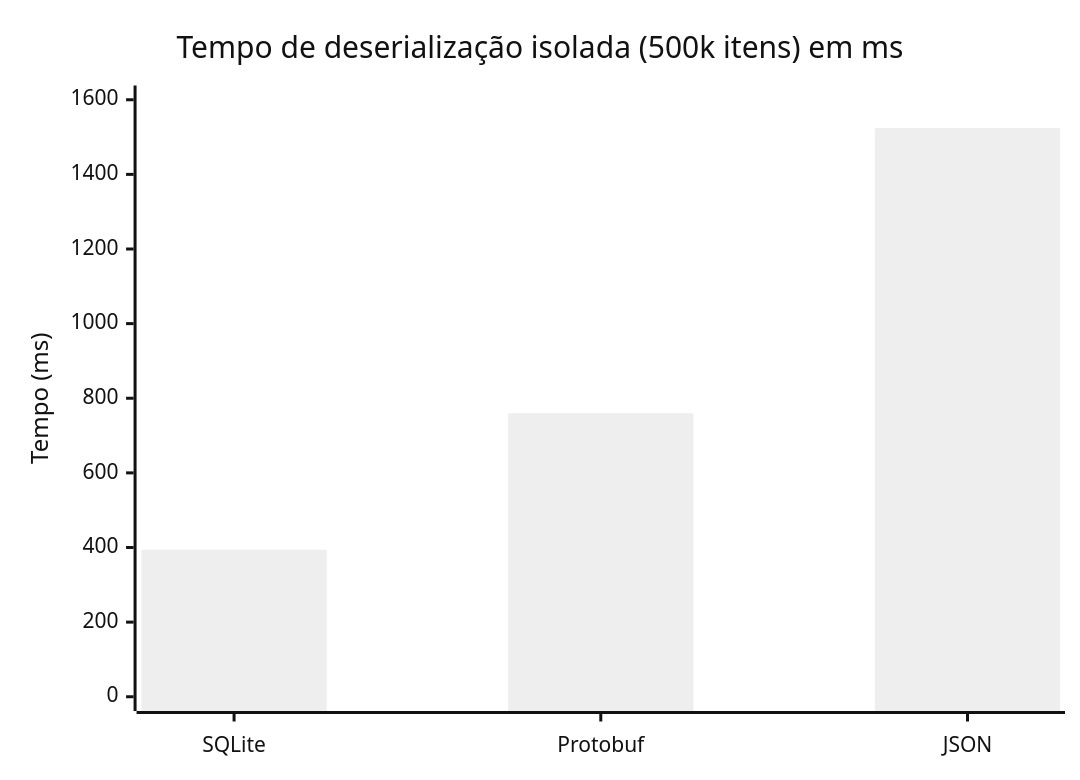
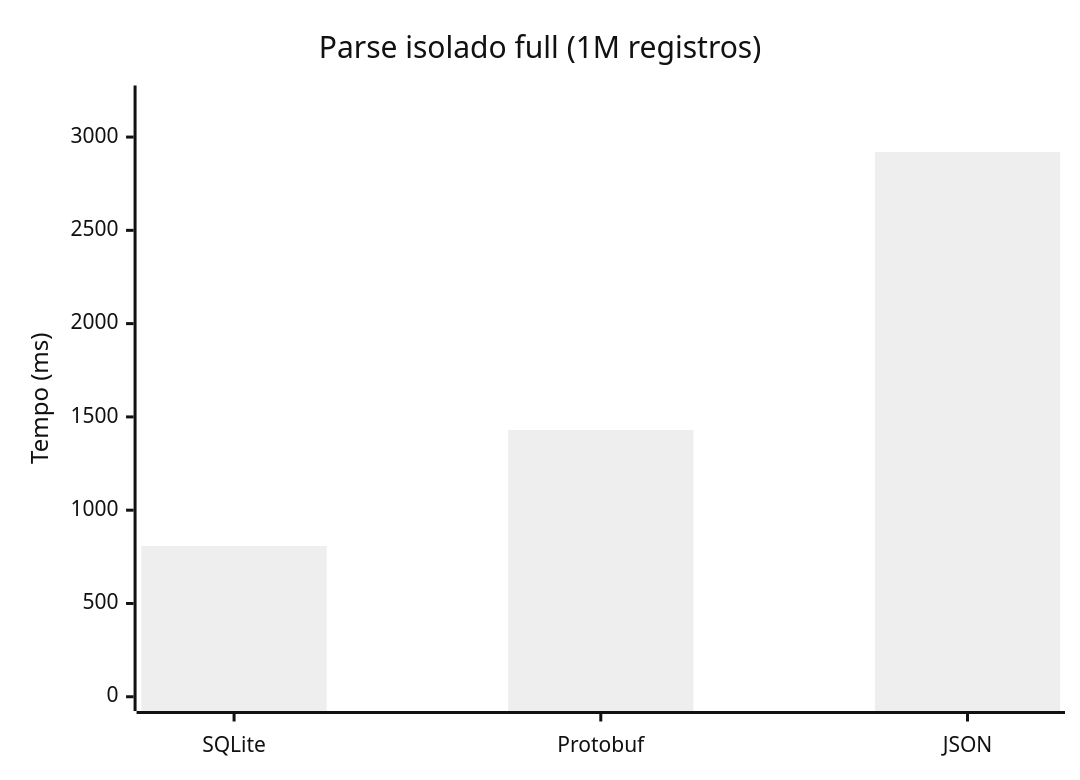
Before and after one commit to Zo-arch/benchmark: the fourth of 8 diagrams in resumo-tecnico.md, drawn with Mermaid (neutral theme). The commit also changed other lines of this file and 14 other files, not shown here.

````diff
--- a/resumo-tecnico.md
+++ b/resumo-tecnico.md
@@ -51,7 +115,7 @@
 ```mermaid
 xychart-beta
-    title "Tempo de deserialização isolada (500k itens) em ms"
+    title "Parse isolado full (1M registros)"
     x-axis ["SQLite", "Protobuf", "JSON"]
-    y-axis "Tempo (ms)" 0 --> 1600
-    bar [394, 760, 1524]
+    y-axis "Tempo (ms)" 0 --> 3200
+    bar [808, 1430, 2920]
 ```
````
